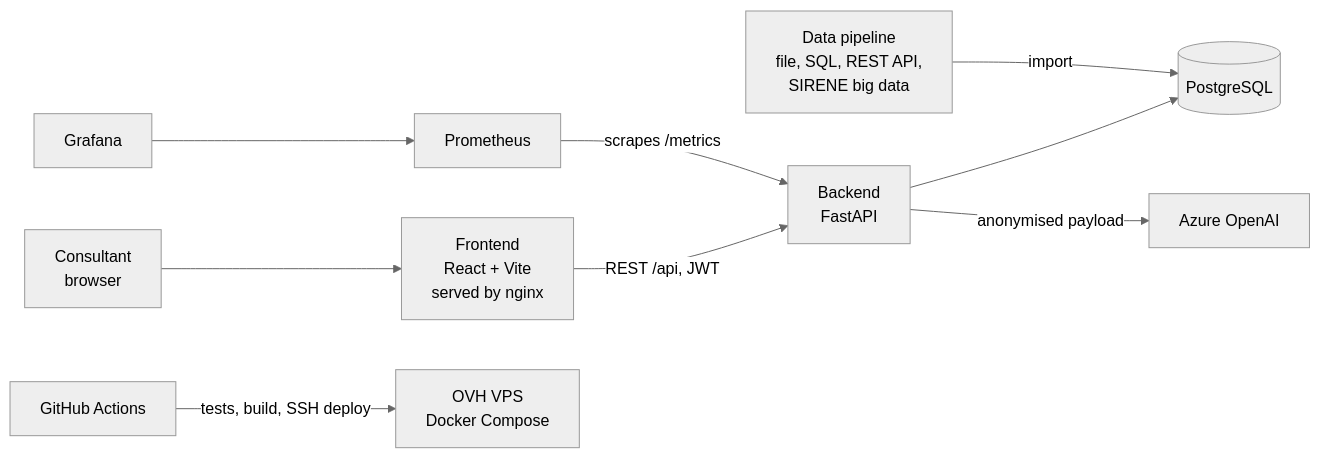
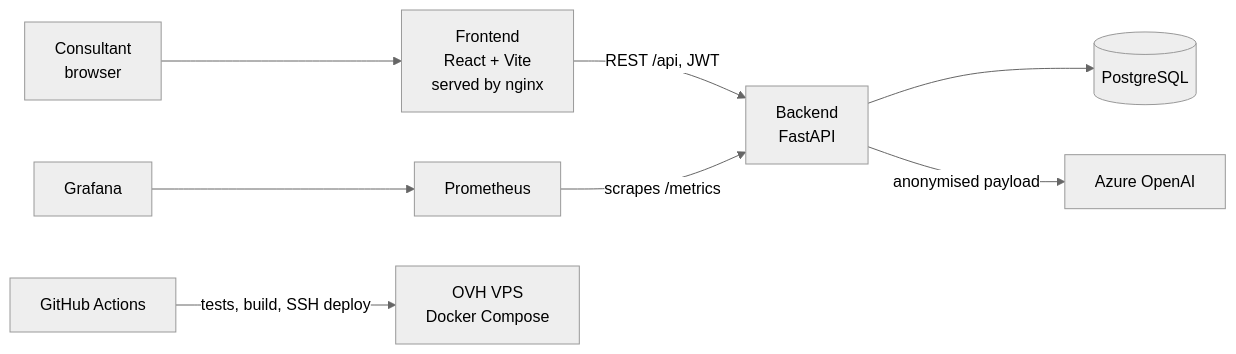
One commit to khrisssss/UIMM_app changed the diagram in README.md. Above: the diagram before and after it, drawn with Mermaid (neutral theme). The commit also changed other lines of this file and 29 other files, not shown here.

First line of the commit message:
Remove the public-data pipeline and the SIREN

````diff
--- a/README.md
+++ b/README.md
@@ -29,11 +28,10 @@
 ```mermaid
 flowchart LR
     U[Consultant<br/>browser] --> F[Frontend<br/>React + Vite<br/>served by nginx]
     F -- REST /api, JWT --> B[Backend<br/>FastAPI]
     B --> DB[(PostgreSQL)]
     B -- anonymised payload --> AI[Azure OpenAI]
     P[Prometheus] -- scrapes /metrics --> B
     G[Grafana] --> P
     GH[GitHub Actions] -- tests, build, SSH deploy --> VPS[OVH VPS<br/>Docker Compose]
-    PL[Data pipeline<br/>file, SQL, REST API,<br/>SIRENE big data] -- import --> DB
 ```
````
